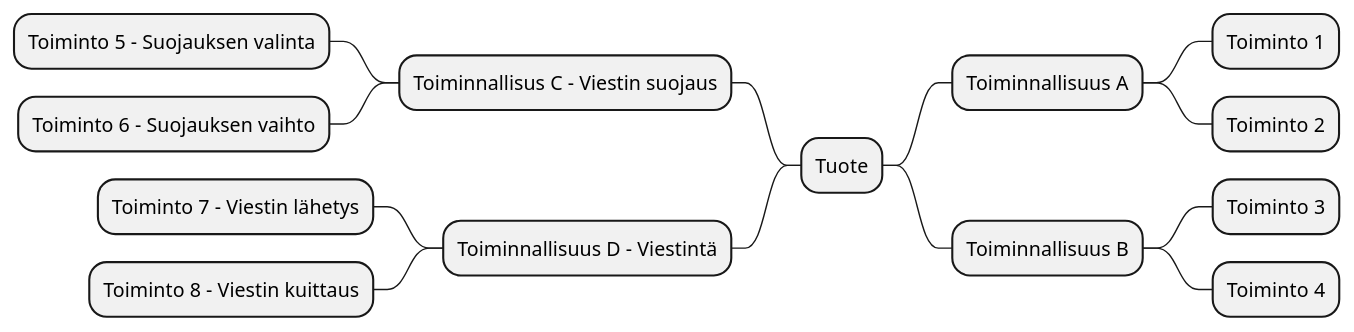
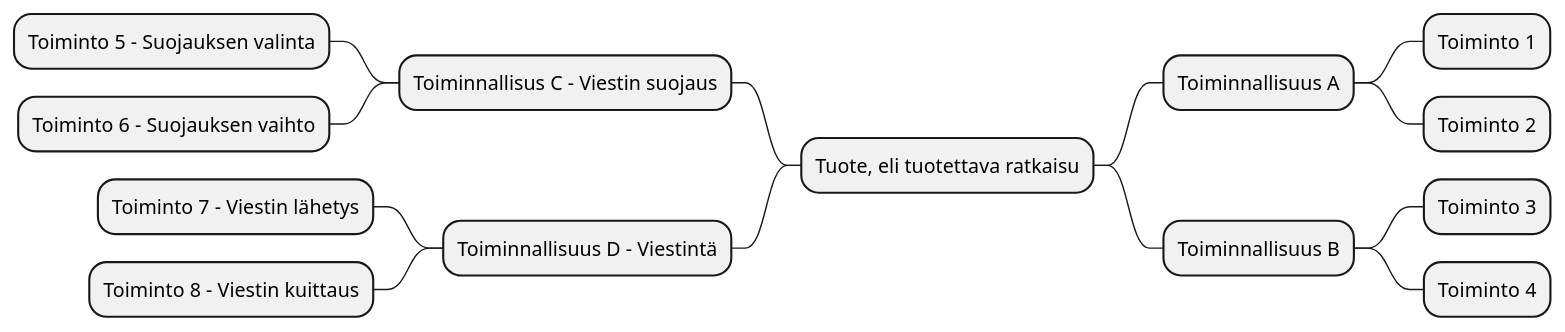
Before and after one commit to ninaleo/ransut-core: the first of 5 diagrams in dokumentit/20-Vaatimustenhallinta/vaatimusmaaritely-tiivis.md, drawn with PlantUML.

````diff
--- a/dokumentit/20-Vaatimustenhallinta/vaatimusmaaritely-tiivis.md
+++ b/dokumentit/20-Vaatimustenhallinta/vaatimusmaaritely-tiivis.md
@@ -21,18 +21,18 @@
 ```plantuml
 @startmindmap
-+ Tuote
++ Tuote, eli tuotettava ratkaisu
 ++ Toiminnallisuus A
 +++ Toiminto 1
 +++ Toiminto 2
 ++ Toiminnallisuus B
 +++ Toiminto 3
 +++ Toiminto 4
 -- Toiminnallisus C - Viestin suojaus
 --- Toiminto 5 - Suojauksen valinta
 --- Toiminto 6 - Suojauksen vaihto
 -- Toiminnallisuus D - Viestintä
 --- Toiminto 7 - Viestin lähetys
 --- Toiminto 8 - Viestin kuittaus
 
 @endmindmap
 ```
````
